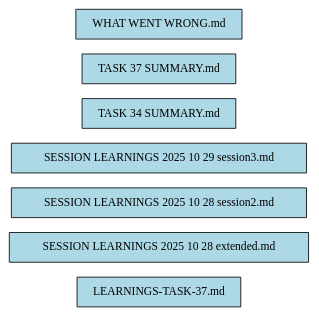
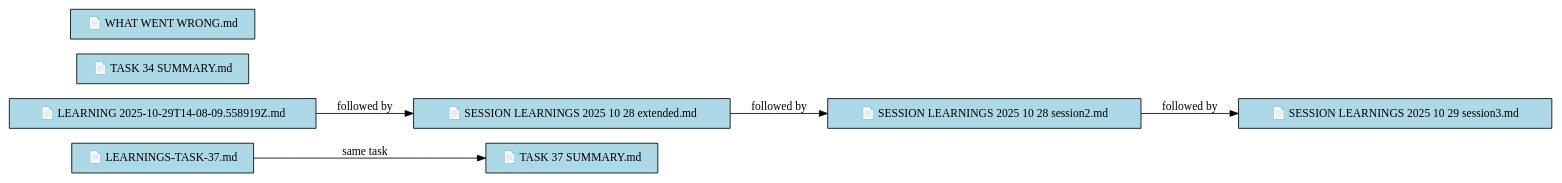
One commit to vintrepid/maestro changed the diagram in CONCEPT_DAG_sessions.dot. Above: the diagram before and after it, drawn with Graphviz. The commit also changed 20 other files, not shown here.

Commit message:
Fix generate_session_relationships to use map instead of each

```diff
--- a/CONCEPT_DAG_sessions.dot
+++ b/CONCEPT_DAG_sessions.dot
@@ -1,15 +1,20 @@
-digraph sessionsDirectory {
+digraph sessions {
   rankdir=LR;
   node [shape=box, style=filled, fillcolor=lightblue];
   
-    LEARNINGS_TASK_37_md [label="LEARNINGS-TASK-37.md" URL="/concepts/sessions/LEARNINGS-TASK-37.md"];
-  SESSION_LEARNINGS_2025_10_28_extended_md [label="SESSION LEARNINGS 2025 10 28 extended.md" URL="/concepts/sessions/SESSION_LEARNINGS_2025_10_28_extended.md"];
-  SESSION_LEARNINGS_2025_10_28_session2_md [label="SESSION LEARNINGS 2025 10 28 session2.md" URL="/concepts/sessions/SESSION_LEARNINGS_2025_10_28_session2.md"];
-  SESSION_LEARNINGS_2025_10_29_session3_md [label="SESSION LEARNINGS 2025 10 29 session3.md" URL="/concepts/sessions/SESSION_LEARNINGS_2025_10_29_session3.md"];
-  TASK_34_SUMMARY_md [label="TASK 34 SUMMARY.md" URL="/concepts/sessions/TASK_34_SUMMARY.md"];
-  TASK_37_SUMMARY_md [label="TASK 37 SUMMARY.md" URL="/concepts/sessions/TASK_37_SUMMARY.md"];
-  WHAT_WENT_WRONG_md [label="WHAT WENT WRONG.md" URL="/concepts/sessions/WHAT_WENT_WRONG.md"];
+  // Files
+  LEARNINGS_TASK_37_md [label="📄 LEARNINGS-TASK-37.md"];
+  LEARNING_2025_10_29T14_08_09_558919Z_md [label="📄 LEARNING 2025-10-29T14-08-09.558919Z.md"];
+  SESSION_LEARNINGS_2025_10_28_extended_md [label="📄 SESSION LEARNINGS 2025 10 28 extended.md"];
+  SESSION_LEARNINGS_2025_10_28_session2_md [label="📄 SESSION LEARNINGS 2025 10 28 session2.md"];
+  SESSION_LEARNINGS_2025_10_29_session3_md [label="📄 SESSION LEARNINGS 2025 10 29 session3.md"];
+  TASK_34_SUMMARY_md [label="📄 TASK 34 SUMMARY.md"];
+  TASK_37_SUMMARY_md [label="📄 TASK 37 SUMMARY.md"];
+  WHAT_WENT_WRONG_md [label="📄 WHAT WENT WRONG.md"];
   
-  // Show temporal relationships for session files
-  
+  // Relationships
+  LEARNING_2025_10_29T14_08_09_558919Z_md -> SESSION_LEARNINGS_2025_10_28_extended_md [label="followed by"];
+  SESSION_LEARNINGS_2025_10_28_extended_md -> SESSION_LEARNINGS_2025_10_28_session2_md [label="followed by"];
+  SESSION_LEARNINGS_2025_10_28_session2_md -> SESSION_LEARNINGS_2025_10_29_session3_md [label="followed by"];
+  LEARNINGS_TASK_37_md -> TASK_37_SUMMARY_md [label="same task"];
 }
```
